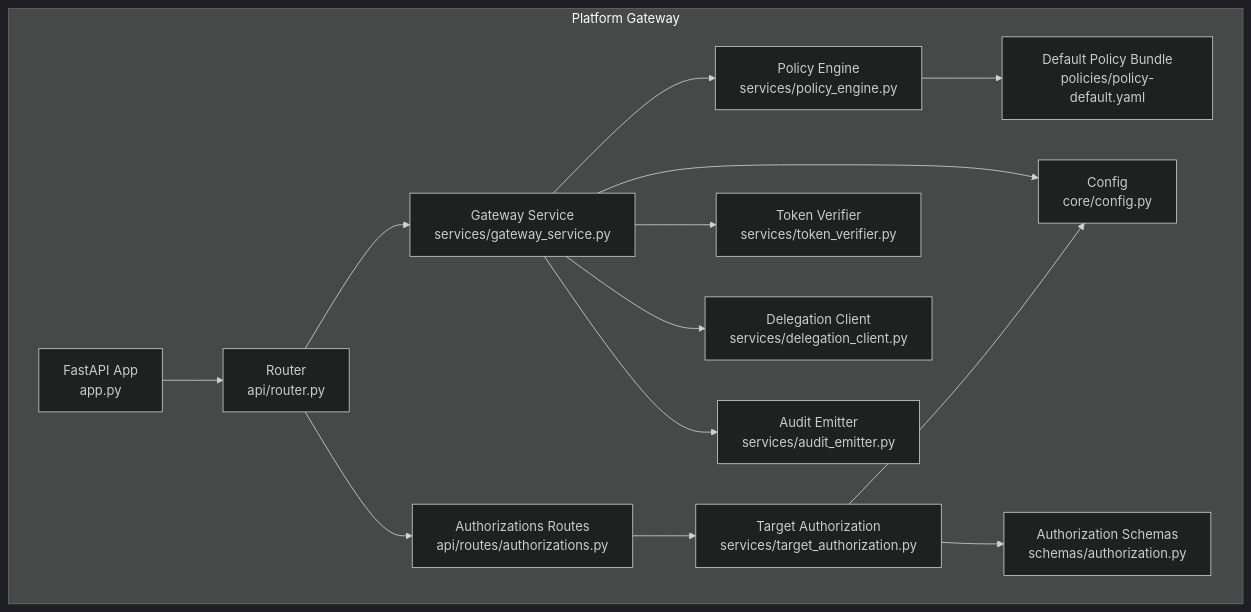
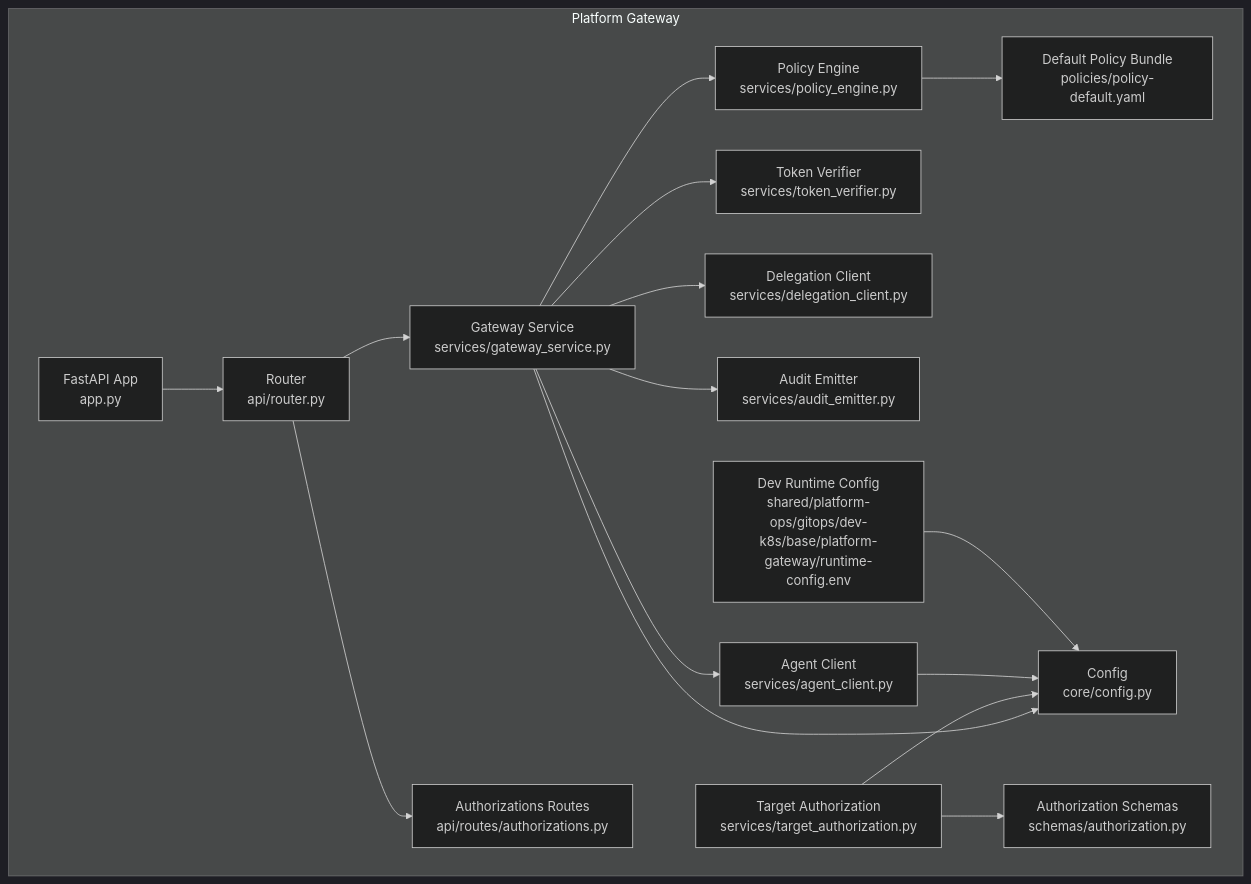
The first of 12 diagrams in .qoder/repowiki/en/content/Core Services/Platform Gateway/Platform Gateway.md (metasync/luban-aiops), drawn with Mermaid (dark theme) before and after one commit. The commit also changed other lines of this file and 3 other files, not shown here.

````diff
--- a/.qoder/repowiki/en/content/Core Services/Platform Gateway/Platform Gateway.md
+++ b/.qoder/repowiki/en/content/Core Services/Platform Gateway/Platform Gateway.md
@@ -66,29 +64,33 @@
 ```mermaid
 graph TB
 subgraph "Platform Gateway"
 A["FastAPI App<br/>app.py"]
 B["Router<br/>api/router.py"]
 C["Gateway Service<br/>services/gateway_service.py"]
 D["Policy Engine<br/>services/policy_engine.py"]
 E["Token Verifier<br/>services/token_verifier.py"]
 F["Delegation Client<br/>services/delegation_client.py"]
 G["Audit Emitter<br/>services/audit_emitter.py"]
 H["Target Authorization<br/>services/target_authorization.py"]
-I["Config<br/>core/config.py"]
-J["Default Policy Bundle<br/>policies/policy-default.yaml"]
-K["Authorizations Routes<br/>api/routes/authorizations.py"]
-L["Authorization Schemas<br/>schemas/authorization.py"]
+I["Agent Client<br/>services/agent_client.py"]
+J["Config<br/>core/config.py"]
+K["Default Policy Bundle<br/>policies/policy-default.yaml"]
+L["Authorizations Routes<br/>api/routes/authorizations.py"]
+M["Authorization Schemas<br/>schemas/authorization.py"]
+N["Dev Runtime Config<br/>shared/platform-ops/gitops/dev-k8s/base/platform-gateway/runtime-config.env"]
 end
 A --> B
 B --> C
-B --> K
-K --> H
+B --> L
 C --> D
 C --> E
 C --> F
 C --> G
-D --> J
 C --> I
-H --> I
-H --> L
+D --> K
+C --> J
+H --> J
+H --> M
+I --> J
+N --> J
 ```
````
